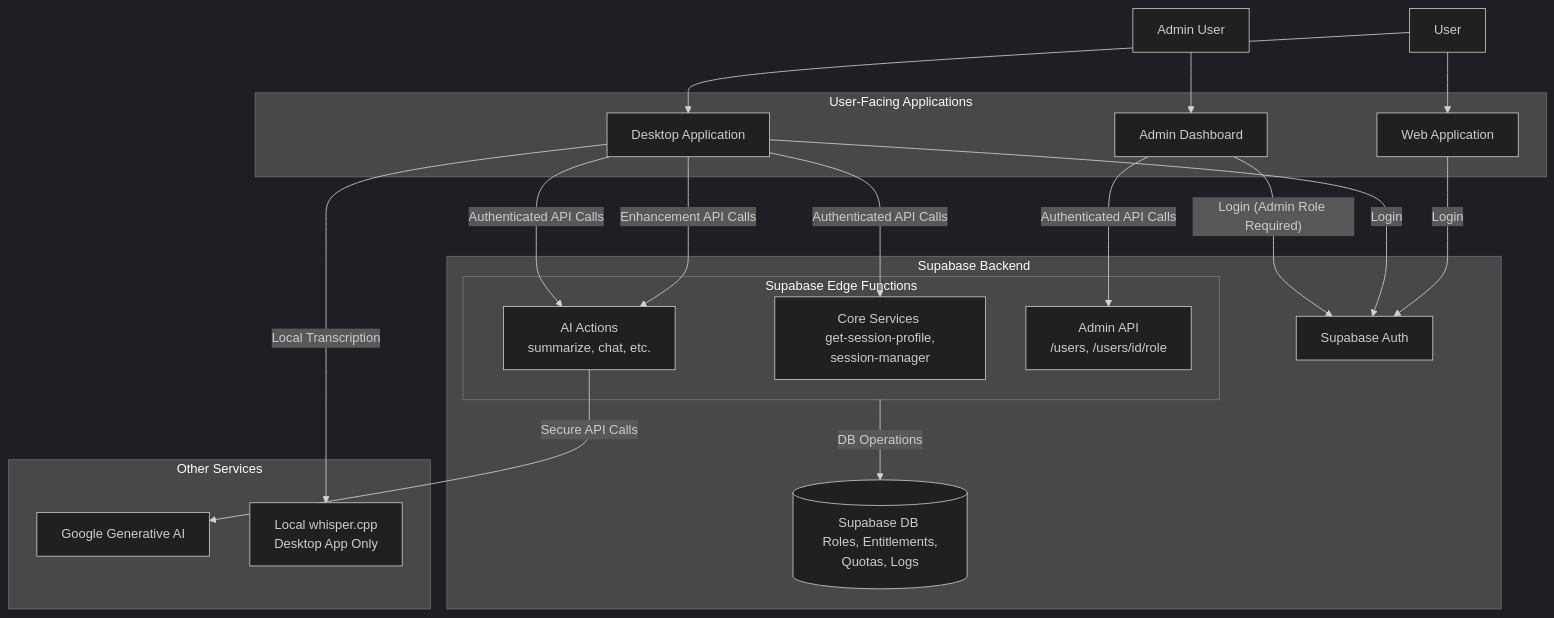
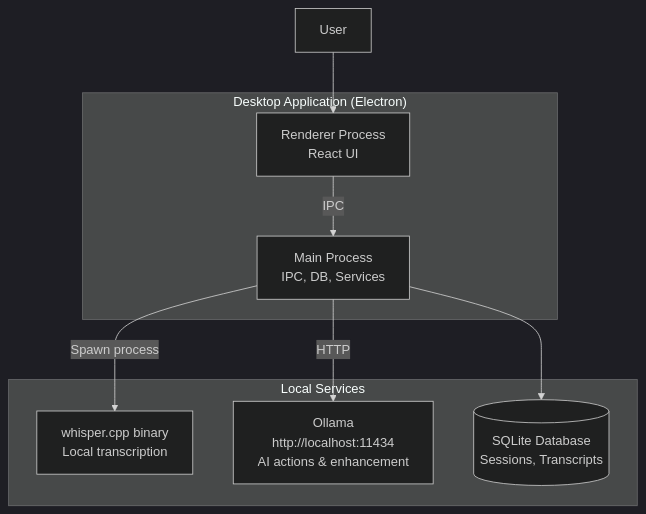
Before and after one commit to Intevia-AI/Knovy: the first of 2 diagrams in docs/architecture/overview.md, drawn with Mermaid (dark theme). The commit also changed other lines of this file and 7 other files, not shown here.

Commit message:
Docs: Update CLAUDE.md and docs to local-only architecture

````diff
--- a/docs/architecture/overview.md
+++ b/docs/architecture/overview.md
@@ -13,41 +13,19 @@
 ```mermaid
 graph TD
-    subgraph User-Facing Applications
-        DesktopApp[Desktop Application]
-        WebApp[Web Application]
-        AdminDashboard[Admin Dashboard]
+    subgraph "Desktop Application (Electron)"
+        Renderer[Renderer Process <br/> React UI]
+        Main[Main Process <br/> IPC, DB, Services]
     end
 
-    subgraph "Supabase Backend"
-        Auth[Supabase Auth]
-        DB[(Supabase DB <br/> Roles, Entitlements, Quotas, Logs)]
-        subgraph EdgeFunctions [Supabase Edge Functions]
-            CoreServices[Core Services <br/> get-session-profile, session-manager]
-            AIActions[AI Actions <br/> summarize, chat, etc.]
-            AdminAPI[Admin API <br/> /users, /users/id/role]
-        end
+    subgraph "Local Services"
+        WhisperCpp[whisper.cpp binary <br/> Local transcription]
+        Ollama[Ollama <br/> http://localhost:11434 <br/> AI actions & enhancement]
+        SQLite[(SQLite Database <br/> Sessions, Transcripts)]
     end
 
-    subgraph "Other Services"
-        GoogleAI[Google Generative AI]
-        WhisperCpp[Local whisper.cpp <br/> Desktop App Only]
-    end
-
-    User[User] --> WebApp
-    User --> DesktopApp
-    Admin[Admin User] --> AdminDashboard
-
-    WebApp -- "Login" --> Auth
-    DesktopApp -- "Login" --> Auth
-    AdminDashboard -- "Login (Admin Role Required)" --> Auth
-
-    DesktopApp -- "Local Transcription" --> WhisperCpp
-    DesktopApp -- "Enhancement API Calls" --> AIActions
-
-    DesktopApp -- "Authenticated API Calls" --> CoreServices
-    DesktopApp -- "Authenticated API Calls" --> AIActions
-    AdminDashboard -- "Authenticated API Calls" --> AdminAPI
-
-    AIActions -- "Secure API Calls" --> GoogleAI
-    EdgeFunctions -- "DB Operations" --> DB
+    User[User] --> Renderer
+    Renderer -- "IPC" --> Main
+    Main -- "Spawn process" --> WhisperCpp
+    Main -- "HTTP" --> Ollama
+    Main --> SQLite
 ```
````
